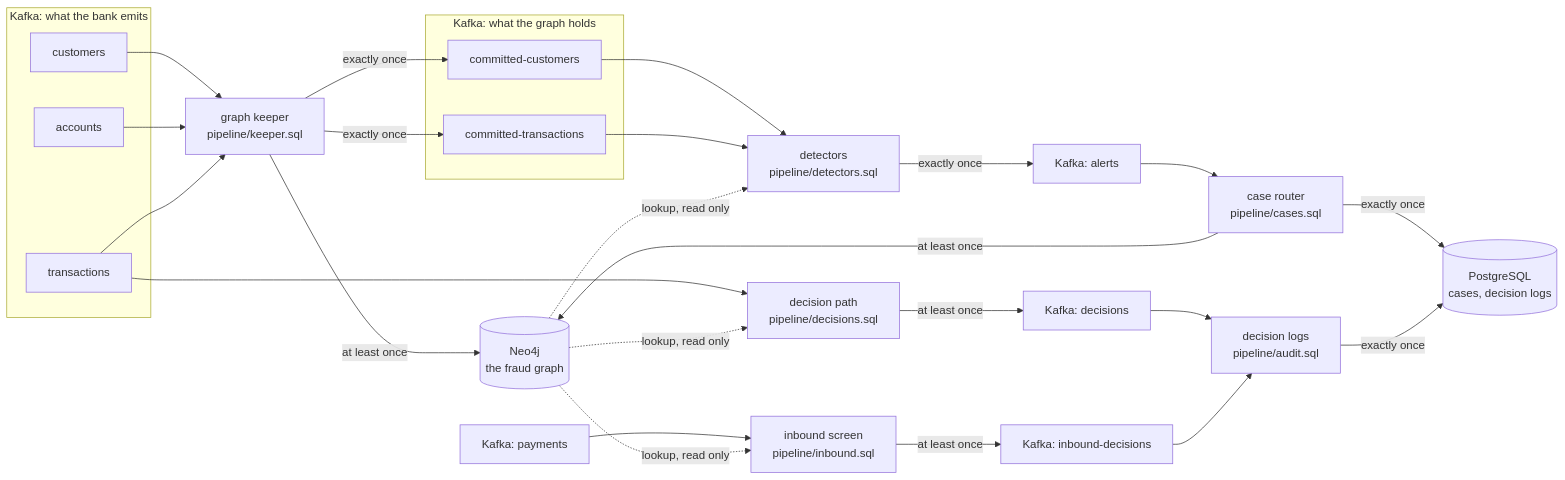
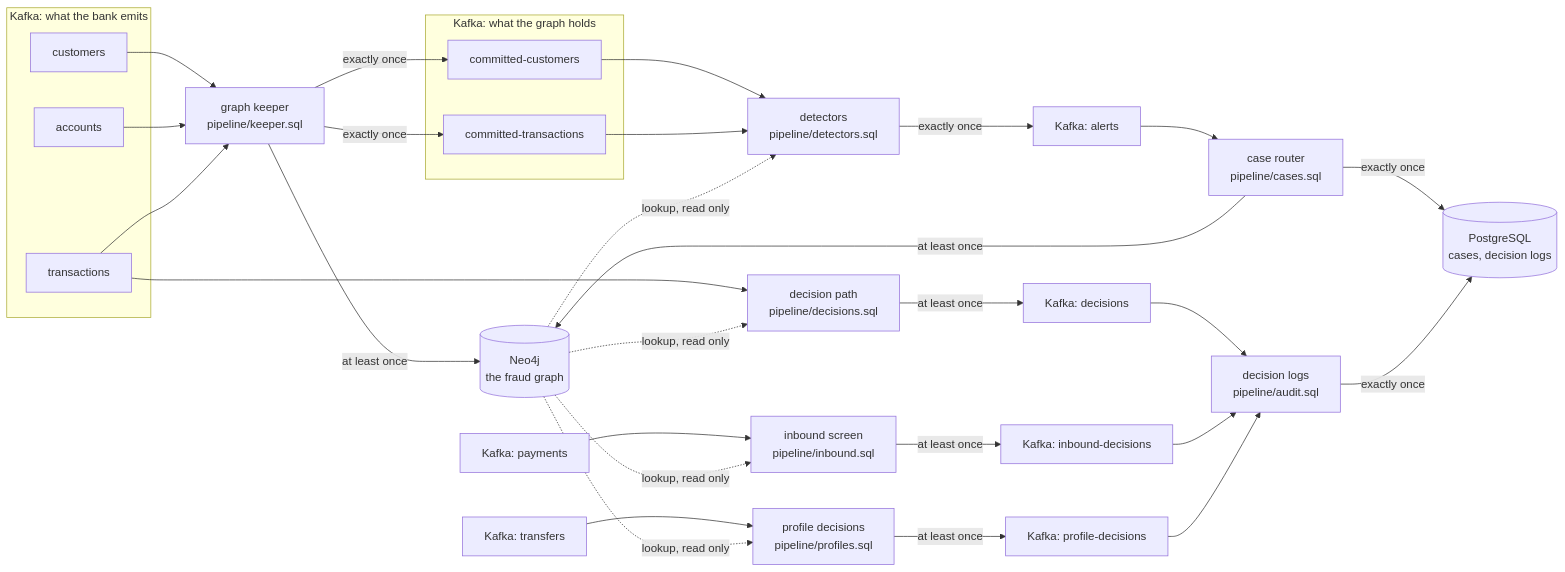
The diagram in README.md (orhaugh/transfer-sentry), drawn with Mermaid before and after one commit. The commit also changed other lines of this file and 9 other files, not shown here.

````diff
--- a/README.md
+++ b/README.md
@@ -59,46 +66,53 @@
 ```mermaid
 flowchart LR
   subgraph bank["Kafka: what the bank emits"]
     C["customers"]
     A["accounts"]
     T["transactions"]
   end
   K["graph keeper<br/>pipeline/keeper.sql"]
   G[("Neo4j<br/>the fraud graph")]
   subgraph announced["Kafka: what the graph holds"]
     CC["committed-customers"]
     CT["committed-transactions"]
   end
   D["detectors<br/>pipeline/detectors.sql"]
   AL["Kafka: alerts"]
   R["case router<br/>pipeline/cases.sql"]
   P[("PostgreSQL<br/>cases, decision logs")]
   X["decision path<br/>pipeline/decisions.sql"]
   DE["Kafka: decisions"]
   L["decision logs<br/>pipeline/audit.sql"]
   PAY["Kafka: payments"]
   I["inbound screen<br/>pipeline/inbound.sql"]
   ID["Kafka: inbound-decisions"]
+  TR["Kafka: transfers"]
+  PF["profile decisions<br/>pipeline/profiles.sql"]
+  PD["Kafka: profile-decisions"]
   C --> K
   A --> K
   T --> K
   K -- "at least once" --> G
   K -- "exactly once" --> CC
   K -- "exactly once" --> CT
   CC --> D
   CT --> D
   G -. "lookup, read only" .-> D
   D -- "exactly once" --> AL
   AL --> R
   R -- "exactly once" --> P
   R -- "at least once" --> G
   T --> X
   G -. "lookup, read only" .-> X
   X -- "at least once" --> DE
   DE --> L
   L -- "exactly once" --> P
   PAY --> I
   G -. "lookup, read only" .-> I
   I -- "at least once" --> ID
   ID --> L
+  TR --> PF
+  G -. "lookup, read only" .-> PF
+  PF -- "at least once" --> PD
+  PD --> L
 ```
````
